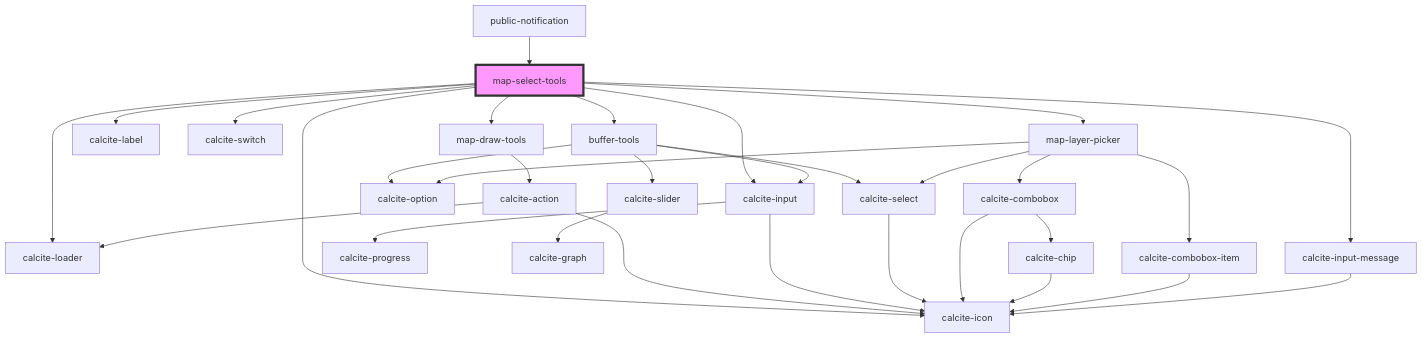
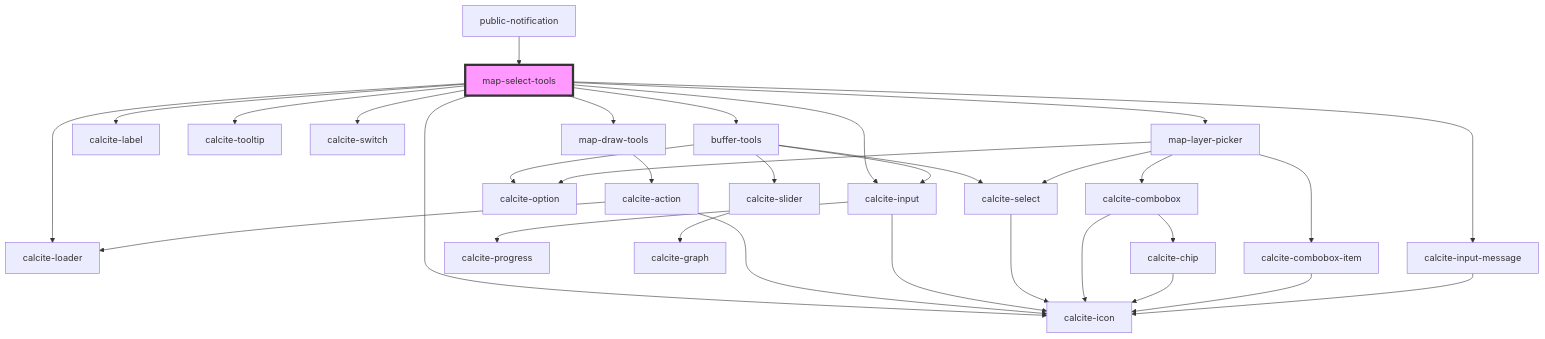
One commit to Esri/solutions-components changed the diagram in src/components/map-select-tools/readme.md. Above: the diagram before and after it, drawn with Mermaid. The commit also changed other lines of this file and 5 other files, not shown here.

````diff
--- a/src/components/map-select-tools/readme.md
+++ b/src/components/map-select-tools/readme.md
@@ -80,34 +81,35 @@
 ```mermaid
 graph TD;
   map-select-tools --> map-draw-tools
   map-select-tools --> calcite-label
+  map-select-tools --> calcite-icon
+  map-select-tools --> calcite-tooltip
   map-select-tools --> calcite-switch
   map-select-tools --> buffer-tools
   map-select-tools --> map-layer-picker
   map-select-tools --> calcite-loader
-  map-select-tools --> calcite-icon
   map-select-tools --> calcite-input-message
   map-select-tools --> calcite-input
   map-draw-tools --> calcite-action
   calcite-action --> calcite-loader
   calcite-action --> calcite-icon
   buffer-tools --> calcite-option
   buffer-tools --> calcite-input
   buffer-tools --> calcite-select
   buffer-tools --> calcite-slider
   calcite-input --> calcite-progress
   calcite-input --> calcite-icon
   calcite-select --> calcite-icon
   calcite-slider --> calcite-graph
   map-layer-picker --> calcite-select
   map-layer-picker --> calcite-combobox
   map-layer-picker --> calcite-combobox-item
   map-layer-picker --> calcite-option
   calcite-combobox --> calcite-chip
   calcite-combobox --> calcite-icon
   calcite-chip --> calcite-icon
   calcite-combobox-item --> calcite-icon
   calcite-input-message --> calcite-icon
   public-notification --> map-select-tools
   style map-select-tools fill:#f9f,stroke:#333,stroke-width:4px
 ```
````
